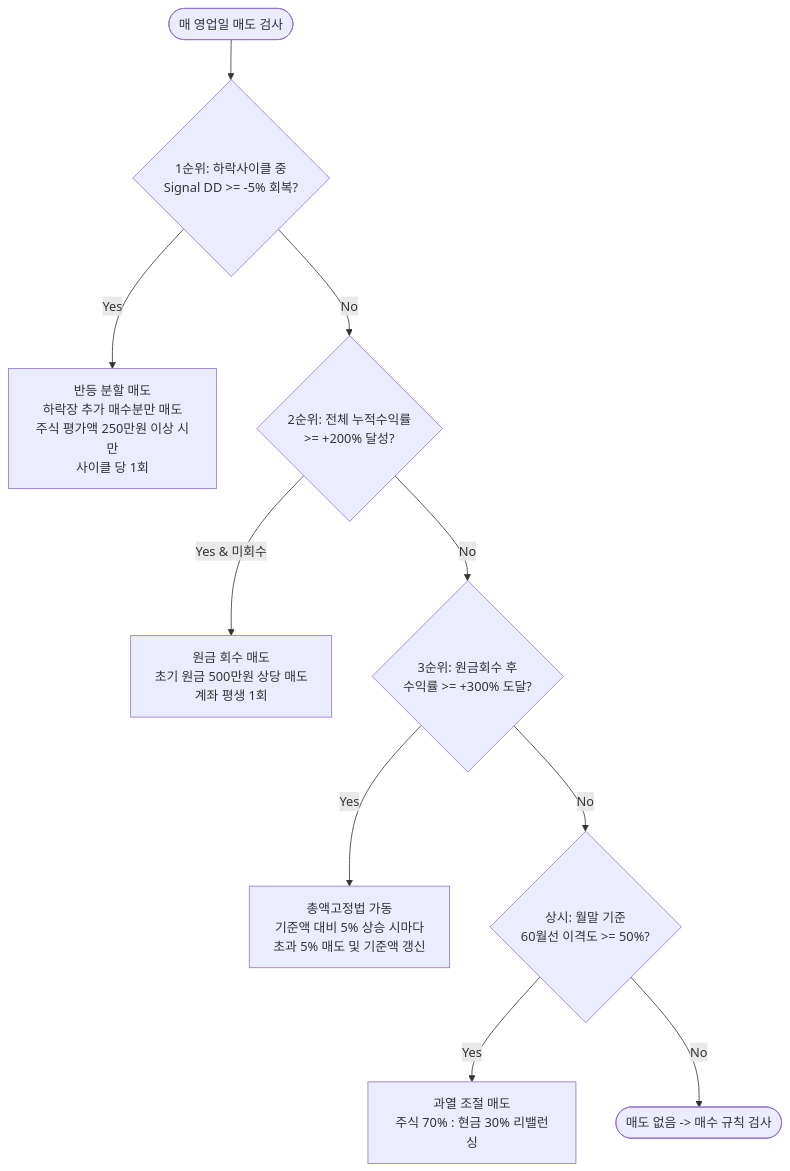
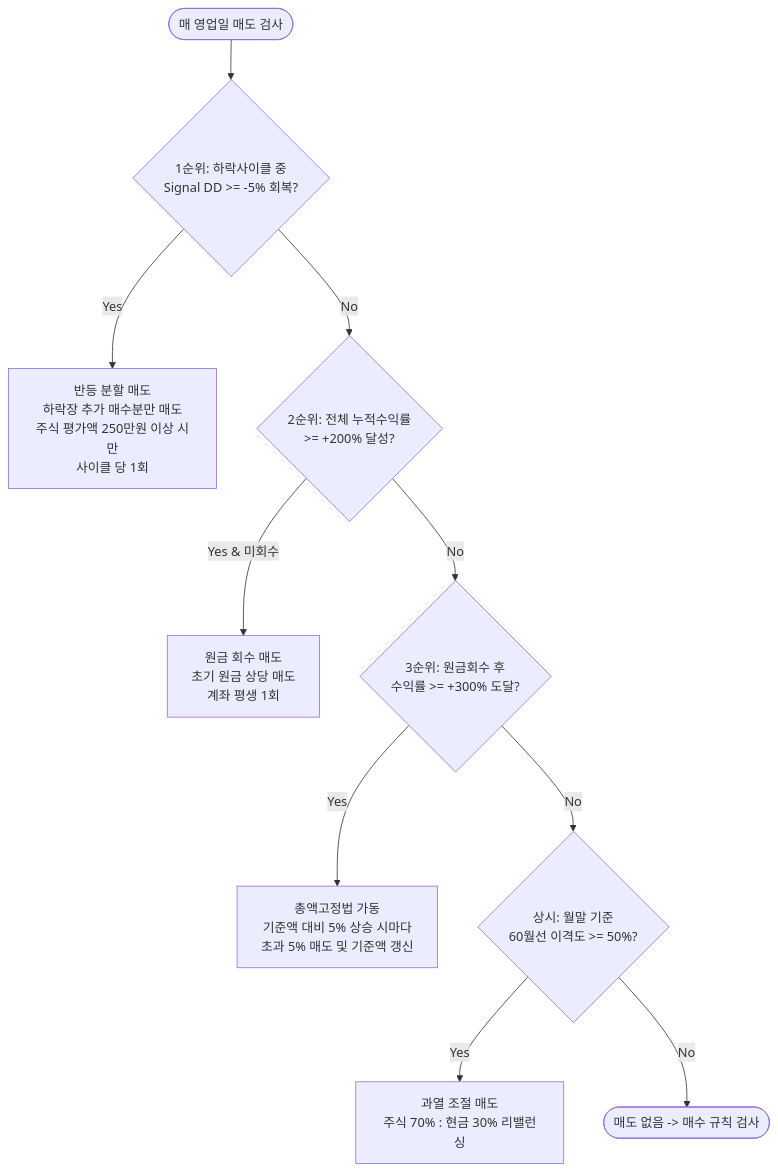
Before and after one commit to dokata823-gif/tqqq-quant-dashboard: the second of 2 diagrams in qqq_tq_md.md, drawn with Mermaid. The commit also changed other lines of this file and 2 other files, not shown here.

````diff
--- a/qqq_tq_md.md
+++ b/qqq_tq_md.md
@@ -79,12 +79,12 @@
 ```mermaid
 flowchart TD
     Start([매 영업일 매도 검사]) --> C1{1순위: 하락사이클 중<br/>Signal DD >= -5% 회복?}
     C1 -- Yes --> A1[반등 분할 매도<br/>하락장 추가 매수분만 매도<br/>주식 평가액 250만원 이상 시만<br/>사이클 당 1회]
     C1 -- No --> C2{2순위: 전체 누적수익률<br/>>= +200% 달성?}
-    C2 -- Yes & 미회수 --> A2[원금 회수 매도<br/>초기 원금 500만원 상당 매도<br/>계좌 평생 1회]
+    C2 -- Yes & 미회수 --> A2[원금 회수 매도<br/>초기 원금 상당 매도<br/>계좌 평생 1회]
     C2 -- No --> C3{3순위: 원금회수 후<br/>수익률 >= +300% 도달?}
     C3 -- Yes --> A3[총액고정법 가동<br/>기준액 대비 5% 상승 시마다<br/>초과 5% 매도 및 기준액 갱신]
     C3 -- No --> C4{상시: 월말 기준<br/>60월선 이격도 >= 50%?}
     C4 -- Yes --> A4[과열 조절 매도<br/>주식 70% : 현금 30% 리밸런싱]
     C4 -- No --> End([매도 없음 -> 매수 규칙 검사])
 ```
````
